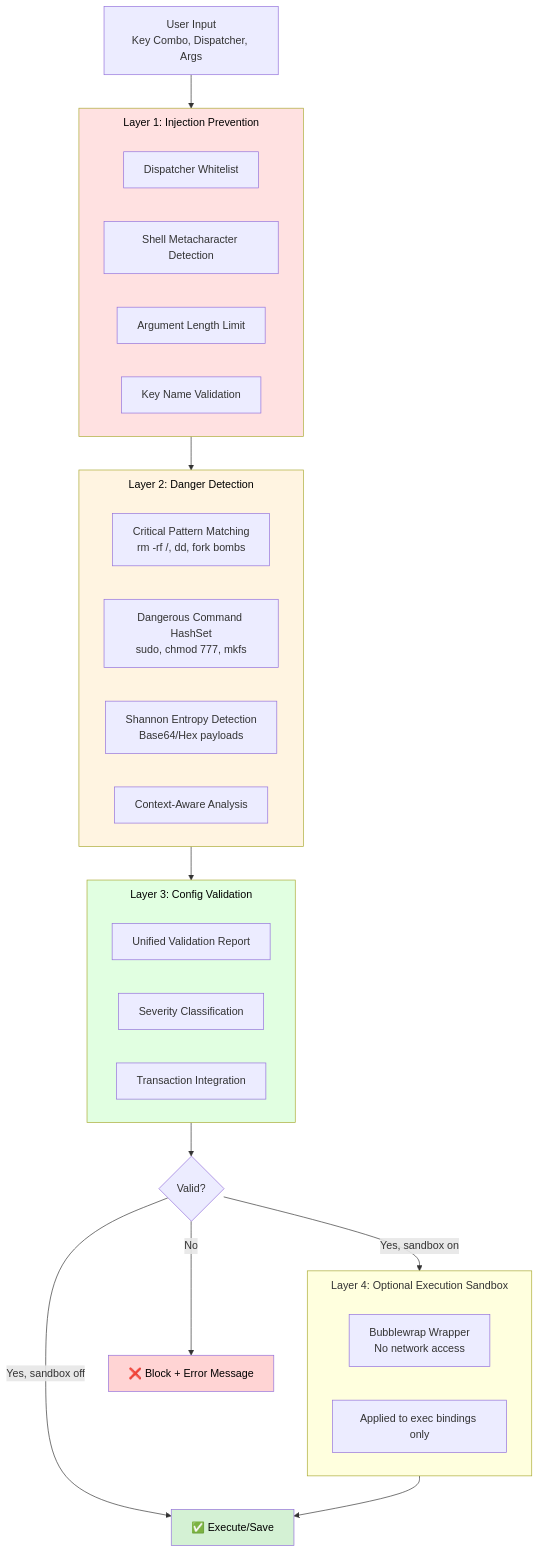
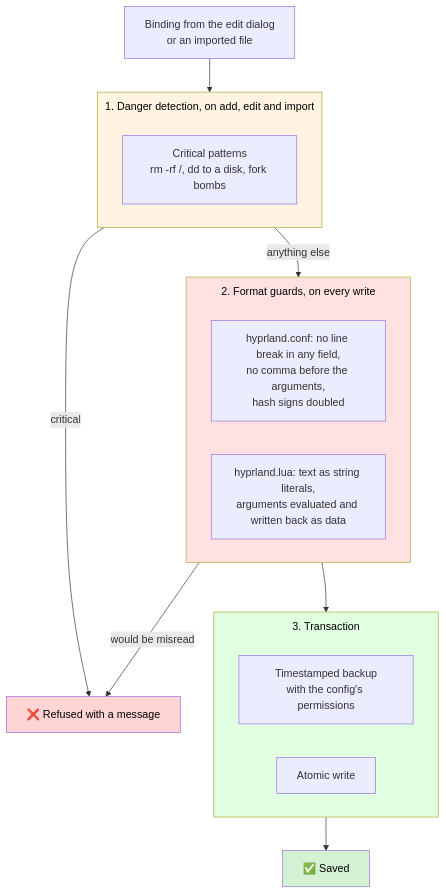
The diagram in SECURITY.md (tidynest/hypr-keybind-manager), drawn with Mermaid before and after one commit. The commit also changed other lines of this file and 23 other files, not shown here.

````diff
--- a/SECURITY.md
+++ b/SECURITY.md
@@ -55,45 +57,32 @@
 ```mermaid
 %%{init: {'flowchart': {'subGraphTitleMargin': {'top': 10, 'bottom': 20}}}}%%
 graph TB
-    Input[User Input<br/>Key Combo, Dispatcher, Args]
+    Input[Binding from the edit dialog<br/>or an imported file]
 
-    subgraph Layer1 [Layer 1: Injection Prevention]
-        WhitelistCheck[Dispatcher Whitelist]
-        MetacharCheck[Shell Metacharacter Detection]
-        LengthCheck[Argument Length Limit]
-        KeyValidation[Key Name Validation]
+    subgraph Policy [1. Danger detection, on add, edit and import]
+        Critical[Critical patterns<br/>rm -rf /, dd to a disk, fork bombs]
     end
 
-    subgraph Layer2 [Layer 2: Danger Detection]
-        PatternMatch[Critical Pattern Matching<br/>rm -rf /, dd, fork bombs]
-        DangerHash[Dangerous Command HashSet<br/>sudo, chmod 777, mkfs]
-        EntropyDetect[Shannon Entropy Detection<br/>Base64/Hex payloads]
-        ContextAnalysis[Context-Aware Analysis]
+    subgraph Format [2. Format guards, on every write]
+        Hyprlang[hyprland.conf: no line break in any field,<br/>no comma before the arguments,<br/>hash signs doubled]
+        Lua[hyprland.lua: text as string literals,<br/>arguments evaluated and written back as data]
     end
 
-    subgraph Layer3 [Layer 3: Config Validation]
-        UnifiedReport[Unified Validation Report]
-        SeverityCheck[Severity Classification]
-        TransactionGuard[Transaction Integration]
+    subgraph Storage [3. Transaction]
+        Backup[Timestamped backup<br/>with the config's permissions]
+        Atomic[Atomic write]
     end
 
-    subgraph Layer4 [Layer 4: Optional Execution Sandbox]
-        Bubblewrap[Bubblewrap Wrapper<br/>No network access]
-        ExecOnly[Applied to exec bindings only]
-    end
+    Input --> Policy
+    Policy -->|critical| Reject[❌ Refused with a message]
+    Policy -->|anything else| Format
+    Format -->|would be misread| Reject
+    Format --> Storage
+    Storage --> Accept[✅ Saved]
 
-    Input --> Layer1
-    Layer1 --> Layer2
-    Layer2 --> Layer3
-    Layer3 --> Decision{Valid?}
-    Decision -->|Yes, sandbox on| Layer4
-    Decision -->|Yes, sandbox off| Accept[✅ Execute/Save]
-    Layer4 --> Accept
-    Decision -->|No| Reject[❌ Block + Error Message]
-
-    style Layer1 fill:#ffe1e1,color:#000
-    style Layer2 fill:#fff4e1,color:#000
-    style Layer3 fill:#e1ffe1,color:#000
+    style Policy fill:#fff4e1,color:#000
+    style Format fill:#ffe1e1,color:#000
+    style Storage fill:#e1ffe1,color:#000
     style Accept fill:#d4f1d4,color:#000
     style Reject fill:#ffd4d4,color:#000
 ```
````
